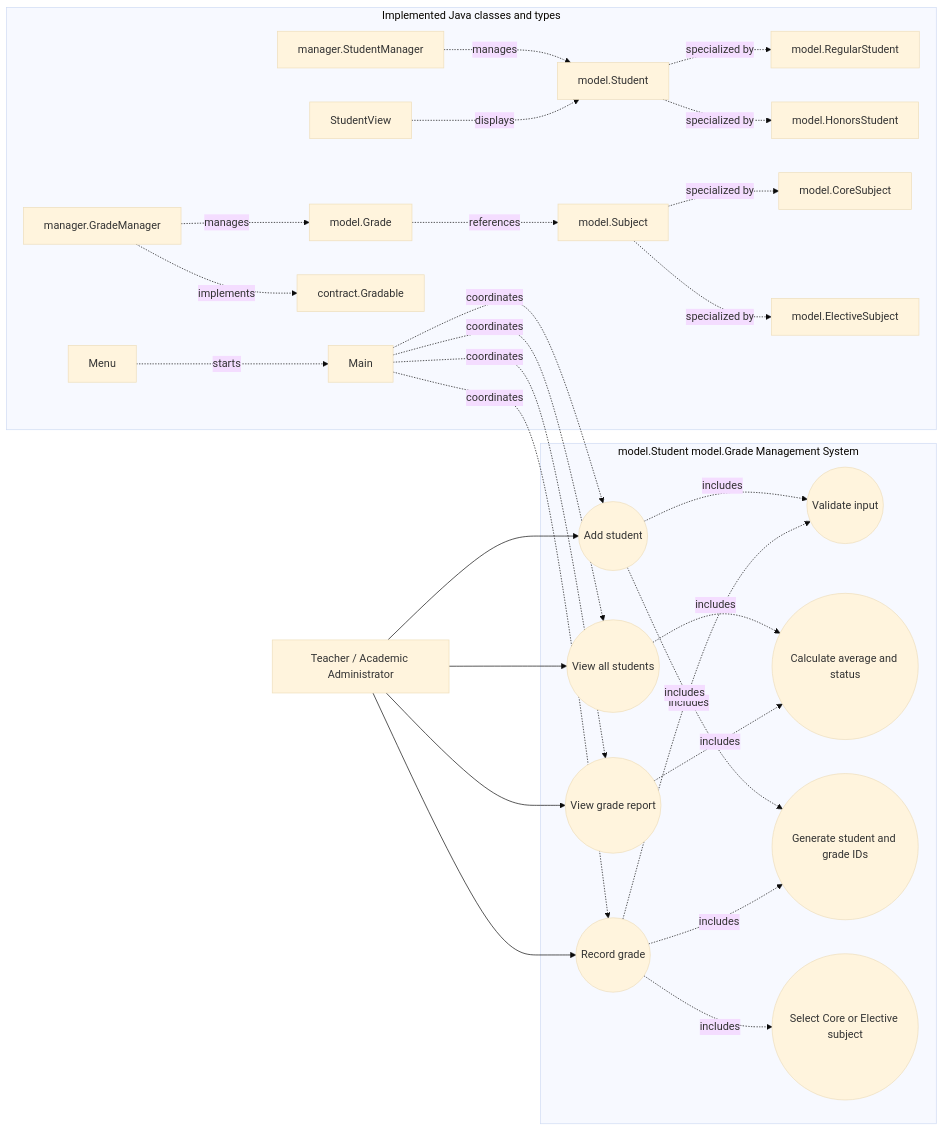
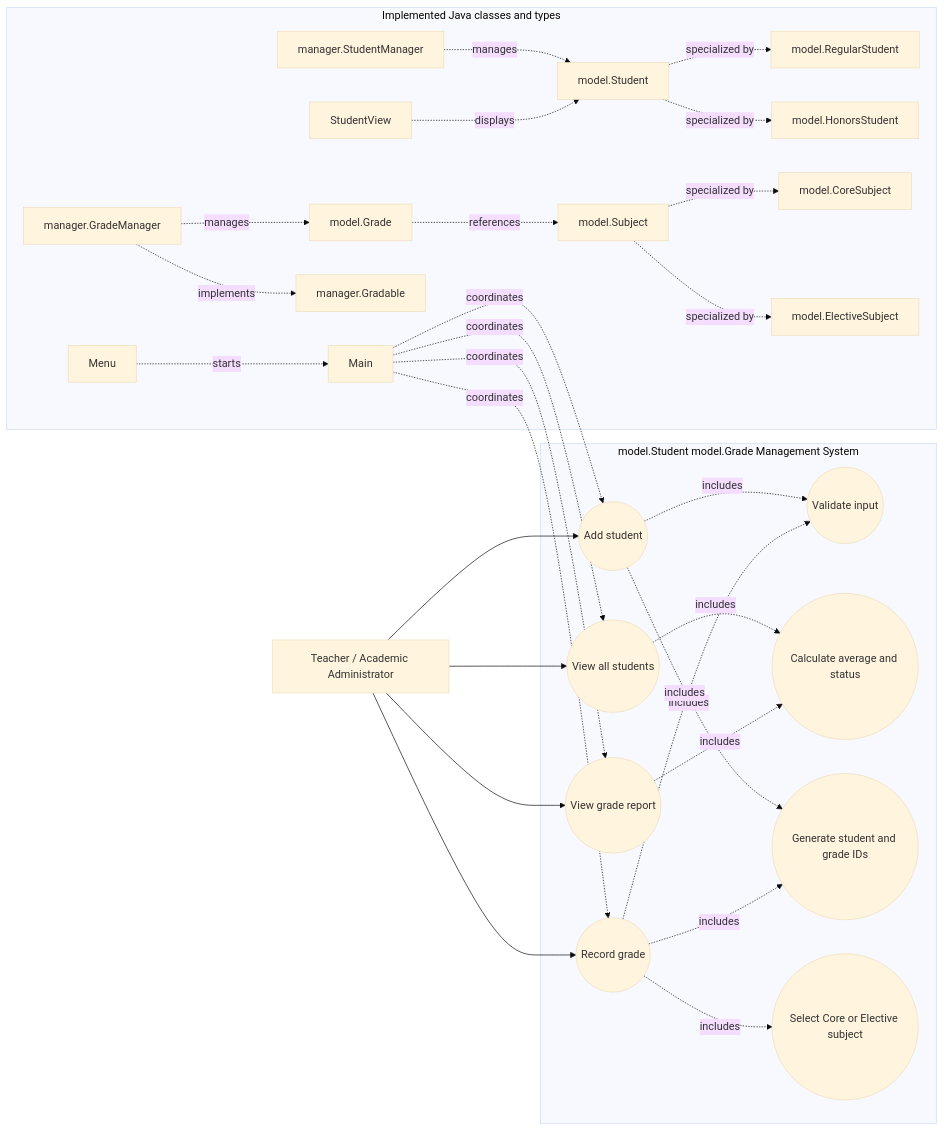
One commit to MUGWANEZAMANZI/SGMS changed the diagram in docs/use-case-diagram.md. Above: the diagram before and after it, drawn with Mermaid (base theme). The commit also changed other lines of this file and 20 other files, not shown here.

````diff
--- a/docs/use-case-diagram.md
+++ b/docs/use-case-diagram.md
@@ -7,59 +7,59 @@
 ```mermaid
 flowchart LR
     teacher[Teacher / Academic Administrator]
 
     subgraph system[model.Student model.Grade Management System]
         add((Add student))
         view((View all students))
         record((Record grade))
         report((View grade report))
         validate((Validate input))
         average((Calculate average and status))
         ids((Generate student and grade IDs))
         subjects((Select Core or Elective subject))
     end
 
     subgraph classes[Implemented Java classes and types]
         main[Main]
         menu[Menu]
         student[model.Student]
         regular[model.RegularStudent]
         honors[model.HonorsStudent]
         subject[model.Subject]
         core[model.CoreSubject]
         elective[model.ElectiveSubject]
         grade[model.Grade]
         studentManager[manager.StudentManager]
         gradeManager[manager.GradeManager]
-        gradable[contract.Gradable]
+        gradable[manager.Gradable]
         viewHelper[StudentView]
     end
 
     teacher --> add
     teacher --> view
     teacher --> record
     teacher --> report
 
     add -. includes .-> validate
     add -. includes .-> ids
     record -. includes .-> validate
     record -. includes .-> subjects
     record -. includes .-> ids
     view -. includes .-> average
     report -. includes .-> average
 
     menu -. starts .-> main
     main -. coordinates .-> add
     main -. coordinates .-> view
     main -. coordinates .-> record
     main -. coordinates .-> report
     student -. specialized by .-> regular
     student -. specialized by .-> honors
     subject -. specialized by .-> core
     subject -. specialized by .-> elective
     studentManager -. manages .-> student
     gradeManager -. manages .-> grade
     gradeManager -. implements .-> gradable
     grade -. references .-> subject
     viewHelper -. displays .-> student
 ```
````
